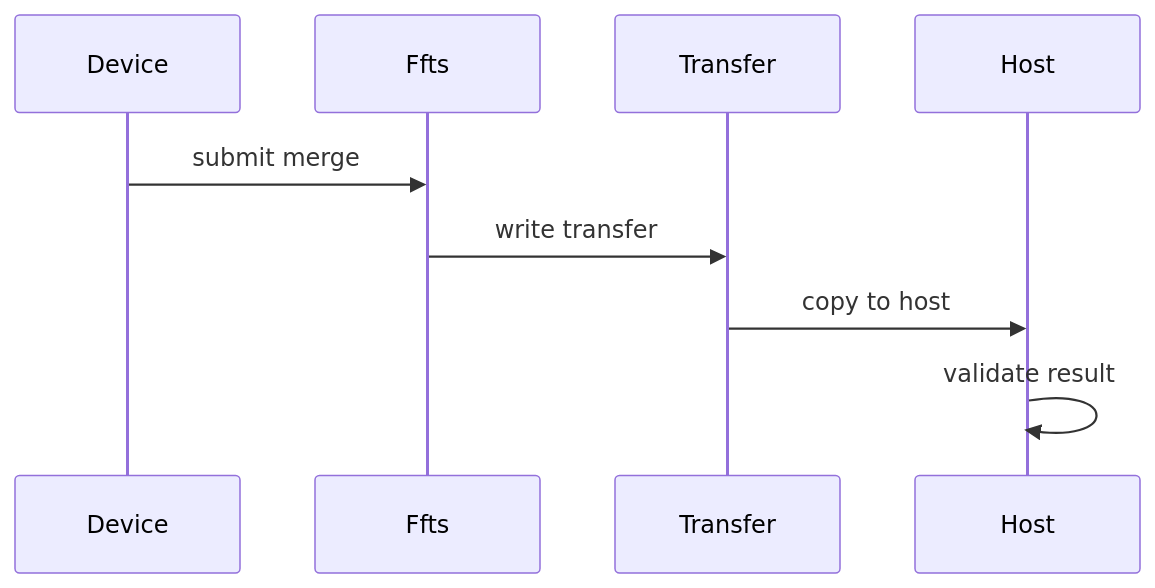
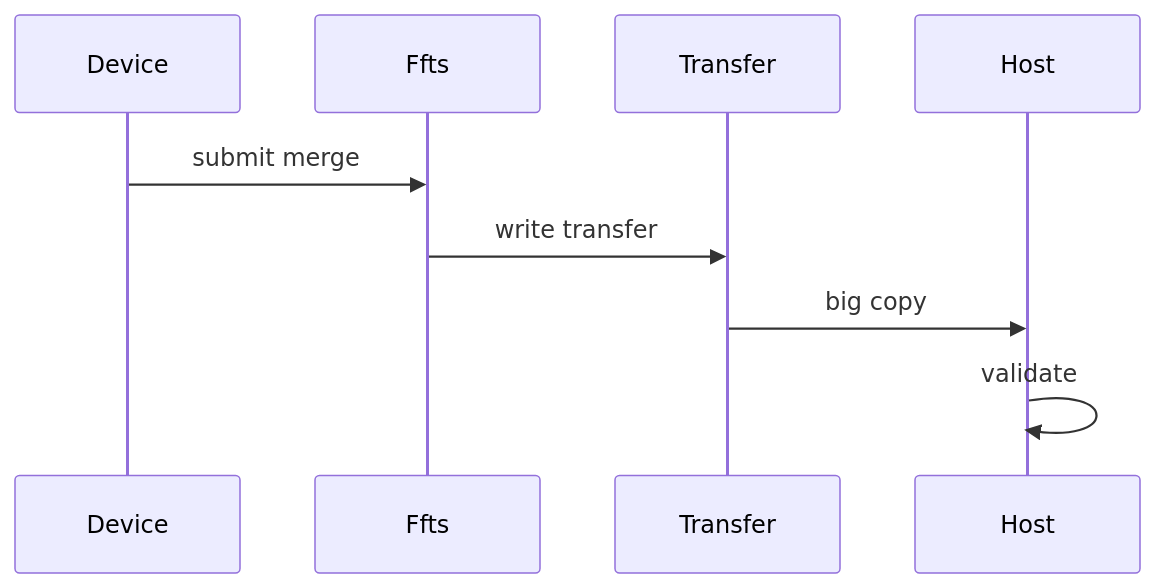
One commit to SJTUqizhenlin/dev-sandbox changed the second of 2 diagrams in module/copy/ascend/ffts_h2d_d2h_pipeline_plan.md. Above: the diagram before and after it, drawn with Mermaid. The commit also changed other lines of this file and 1 other file, not shown here.

Commit message:
Fix FFTS pipeline big IO semantics

````diff
--- a/module/copy/ascend/ffts_h2d_d2h_pipeline_plan.md
+++ b/module/copy/ascend/ffts_h2d_d2h_pipeline_plan.md
@@ -113,11 +160,11 @@
 ```mermaid
 sequenceDiagram
     participant Device
     participant Ffts
     participant Transfer
     participant Host
     Device->>Ffts: submit merge
     Ffts->>Transfer: write transfer
-    Transfer->>Host: copy to host
-    Host->>Host: validate result
+    Transfer->>Host: big copy
+    Host->>Host: validate
 ```
````
